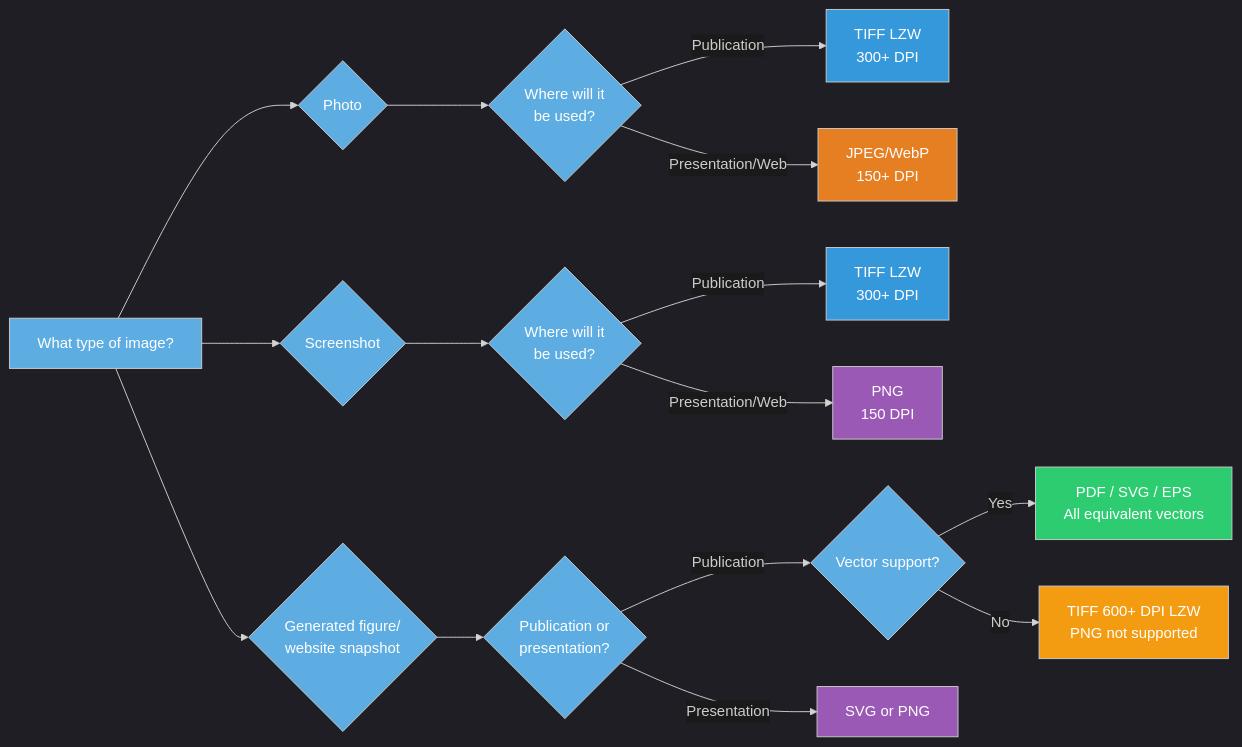
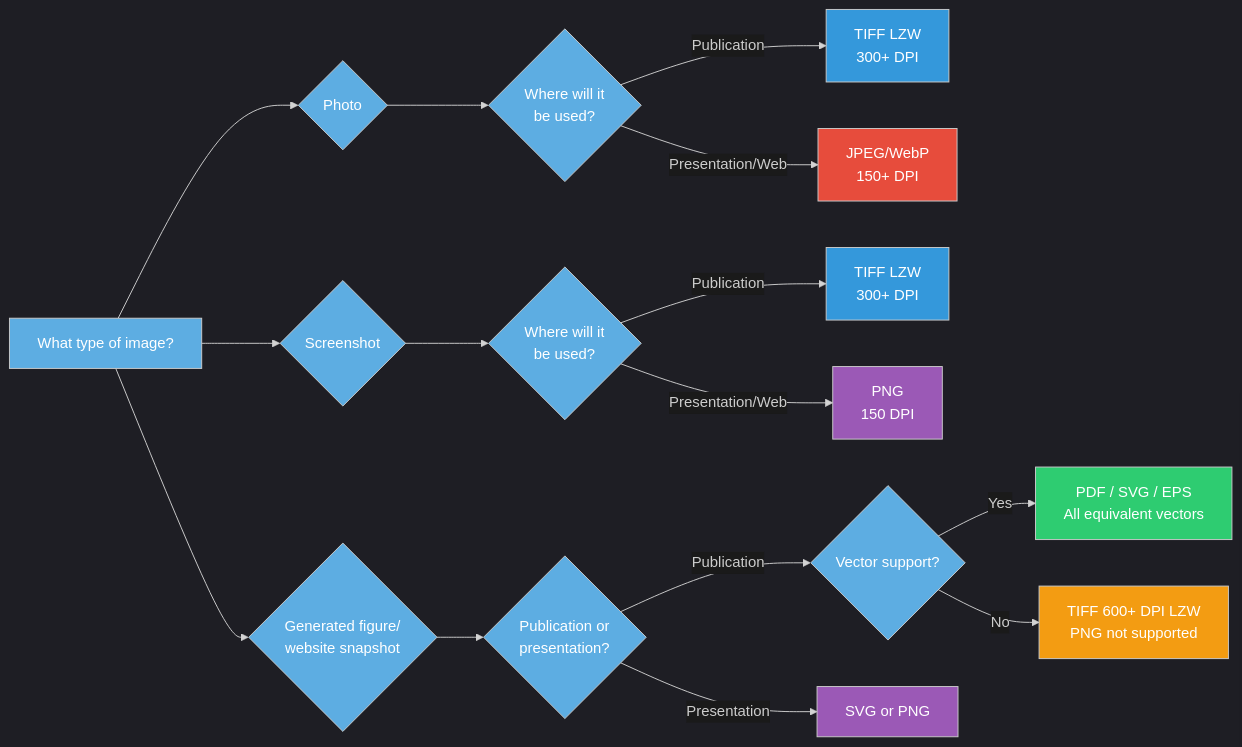
The diagram in topics/01_formats.qmd (stanstrup/figure_presentation), drawn with Mermaid before and after one commit.

Commit message:
Change JPEG/WebP box to red for better distinction
- Changed B3 from carrot orange (#e67e22) to red (#e74c3c)
- Now clearly distinct from D5 orange (#f39c12) for TIFF fallback
- Red color emphasizes lossy format nature of JPEG/WebP

````diff
--- a/topics/01_formats.qmd
+++ b/topics/01_formats.qmd
@@ -198,41 +198,41 @@
 ```{mermaid}
 %%{init: {'theme':'dark', 'themeVariables': {'edgeLabelBackground':'#1a1a1a', 'primaryTextColor':'#fff', 'secondaryTextColor':'#fff', 'tertiaryTextColor':'#fff'}}}%%
 
 flowchart LR
     A[What type of image?] --> B{Photo}
     A --> C{Screenshot}
     A --> D{Generated figure/<br/>website snapshot}
 
 
     B --> B1{Where will it<br/>be used?}
     B1 -->|Publication| B2[TIFF LZW<br/>300+ DPI]
     B1 -->|Presentation/Web| B3[JPEG/WebP <br/> 150+ DPI]
 
     C --> C1{Where will it<br/>be used?}
     C1 -->|Publication| C2[TIFF LZW<br/>300+ DPI]
     C1 -->|Presentation/Web| C3[PNG<br/>150 DPI]
 
     D --> D1{Publication or<br/>presentation?}
     D1 -->|Publication| D2{Vector support?}
     D1 -->|Presentation| D3[SVG or PNG]
 
     D2 -->|Yes| D4[PDF / SVG / EPS<br/>All equivalent vectors]
     D2 -->|No| D5[TIFF 600+ DPI LZW<br/>PNG not supported]
 
     style A fill:#5dade2,color:#fff
     style B fill:#5dade2,color:#fff
     style C fill:#5dade2,color:#fff
     style D fill:#5dade2,color:#fff
     style B1 fill:#5dade2,color:#fff
     style C1 fill:#5dade2,color:#fff
     style D1 fill:#5dade2,color:#fff
     style D2 fill:#5dade2,color:#fff
     style D4 fill:#2ecc71,color:#fff
     style D5 fill:#f39c12,color:#fff
     style D3 fill:#9b59b6,color:#fff
     style B2 fill:#3498db,color:#fff
-    style B3 fill:#e67e22,color:#fff
+    style B3 fill:#e74c3c,color:#fff
     style C2 fill:#3498db,color:#fff
     style C3 fill:#9b59b6,color:#fff
 
 ```
````
